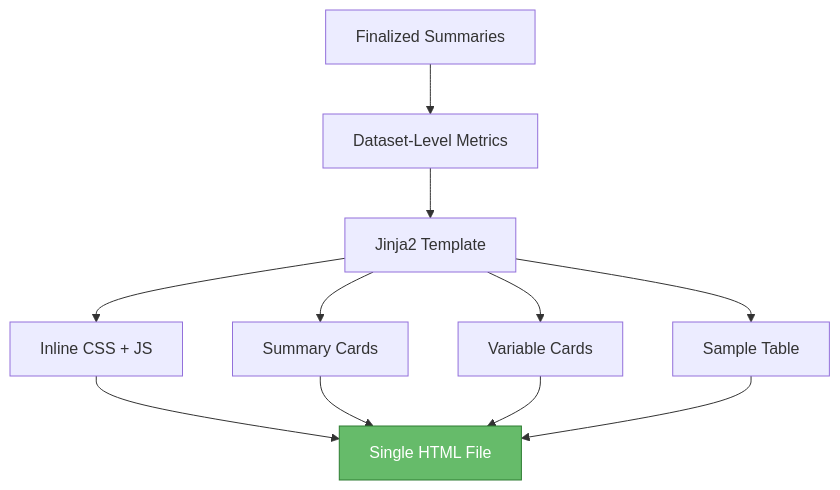
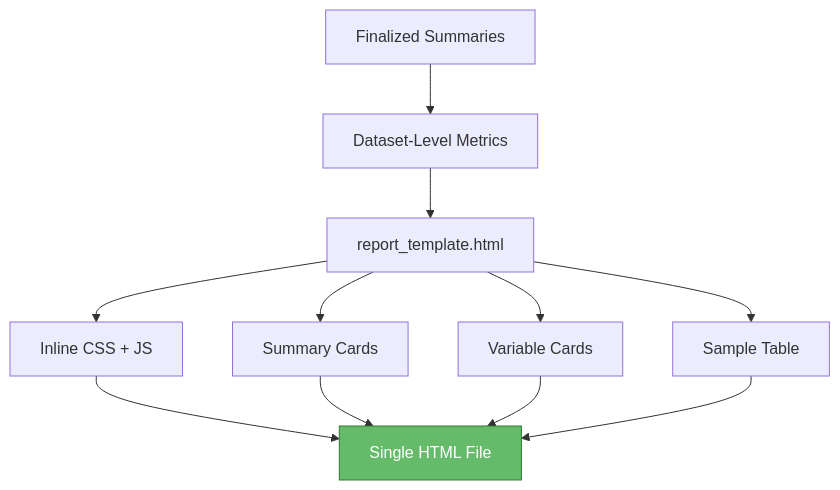
Before and after one commit to alvarodiez20/pysuricata: the fifth of 5 diagrams in docs/architecture.md, drawn with Mermaid. The commit also changed other lines of this file and 49 other files, not shown here.

````diff
--- a/docs/architecture.md
+++ b/docs/architecture.md
@@ -164,15 +182,15 @@
 ```mermaid
 flowchart TB
     A["Finalized Summaries"] --> B["Dataset-Level Metrics"]
-    B --> C["Jinja2 Template"]
+    B --> C["report_template.html"]
     C --> D["Inline CSS + JS"]
     C --> E["Summary Cards"]
     C --> F["Variable Cards"]
     C --> G["Sample Table"]
     D --> H["Single HTML File"]
     E --> H
     F --> H
     G --> H
 
     style H fill:#66BB6A,stroke:#2E7D32,color:#fff
 ```
````
